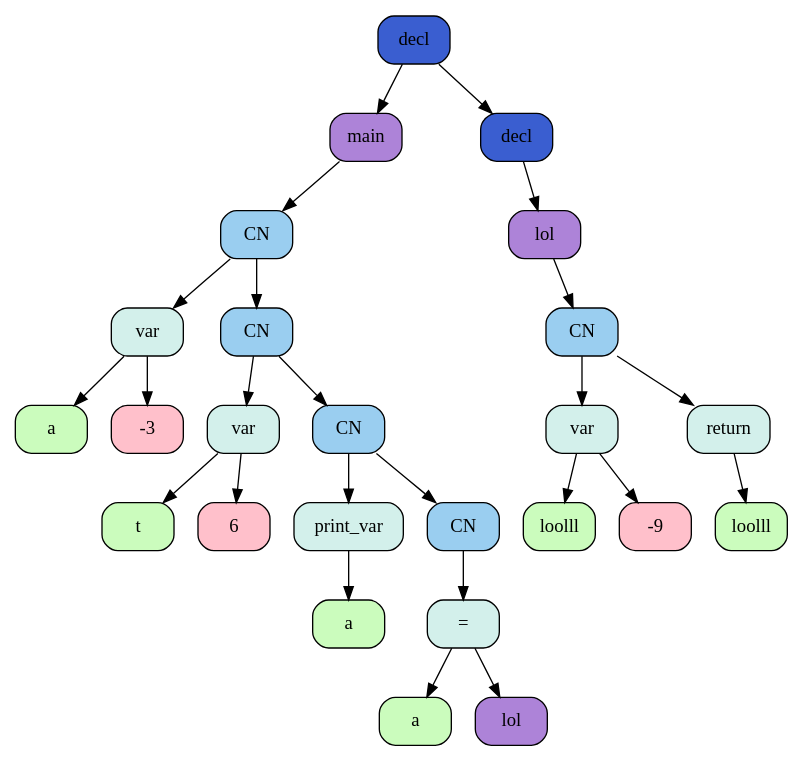
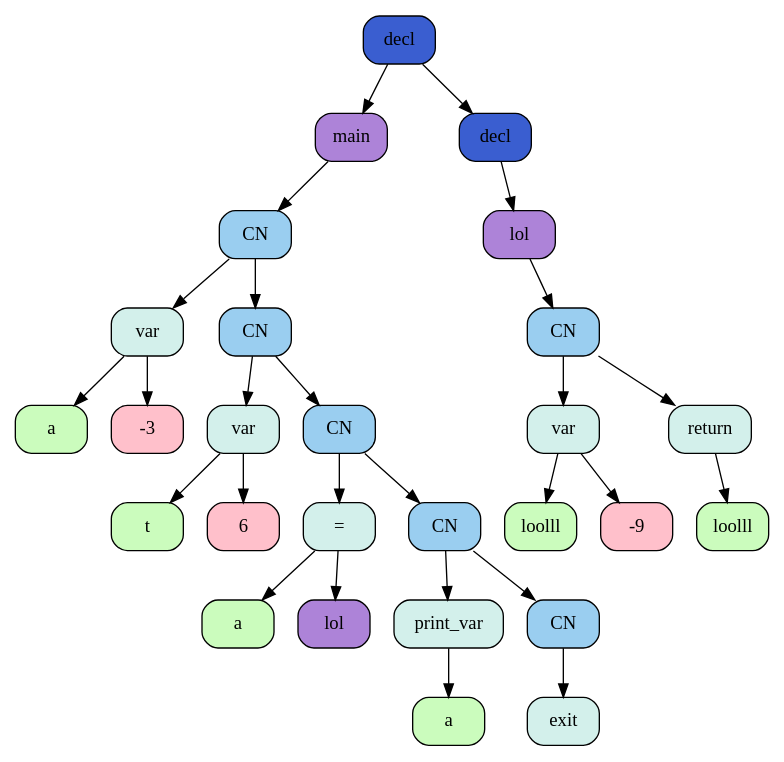
Before and after one commit to lizz-kuzz/my-language: the diagram in res/graph.dot, drawn with Graphviz. The commit also changed 13 other files, not shown here.

```diff
--- a/res/graph.dot
+++ b/res/graph.dot
@@ -1,75 +1,81 @@
 digraph {
 		node [shape=Mrecord]
-	node0x55c3fb0e0d30[label="decl", style=filled, fillcolor="#3a5ed0"]
-	node0x55c3fb0e0790[style=filled, fillcolor="#ad83d8", label="main"]
-	node0x55c3fb0e0d30 -> node0x55c3fb0e0790
-	node0x55c3fb0e0790[style=filled, fillcolor="#ad83d8", label="main"]
-	node0x55c3fb0e0b20[label="CN", style=filled, fillcolor="#9acef0"]
-	node0x55c3fb0e0790 -> node0x55c3fb0e0b20
-	node0x55c3fb0e0b20[label="CN", style=filled, fillcolor="#9acef0"]
-	node0x55c3fb0e0860[label="var", style=filled, fillcolor="#d3f0eb"]
-	node0x55c3fb0e0b20 -> node0x55c3fb0e0860
-	node0x55c3fb0e0860[label="var", style=filled, fillcolor="#d3f0eb"]
-	node0x55c3fb0e07e0[style=filled, fillcolor="#cbfcbd", label="a"]
-	node0x55c3fb0e0860 -> node0x55c3fb0e07e0
-	node0x55c3fb0e0860[label="var", style=filled, fillcolor="#d3f0eb"]
-	node0x55c3fb0e0830[style=filled, fillcolor="#ffc0cb", label="-3"]
-	node0x55c3fb0e0860 -> node0x55c3fb0e0830
-	node0x55c3fb0e0b20[label="CN", style=filled, fillcolor="#9acef0"]
-	node0x55c3fb0e0af0[label="CN", style=filled, fillcolor="#9acef0"]
-	node0x55c3fb0e0b20 -> node0x55c3fb0e0af0
-	node0x55c3fb0e0af0[label="CN", style=filled, fillcolor="#9acef0"]
-	node0x55c3fb0e0910[label="var", style=filled, fillcolor="#d3f0eb"]
-	node0x55c3fb0e0af0 -> node0x55c3fb0e0910
-	node0x55c3fb0e0910[label="var", style=filled, fillcolor="#d3f0eb"]
-	node0x55c3fb0e0890[style=filled, fillcolor="#cbfcbd", label="t"]
-	node0x55c3fb0e0910 -> node0x55c3fb0e0890
-	node0x55c3fb0e0910[label="var", style=filled, fillcolor="#d3f0eb"]
-	node0x55c3fb0e08e0[style=filled, fillcolor="#ffc0cb", label="6"]
-	node0x55c3fb0e0910 -> node0x55c3fb0e08e0
-	node0x55c3fb0e0af0[label="CN", style=filled, fillcolor="#9acef0"]
-	node0x55c3fb0e0ac0[label="CN", style=filled, fillcolor="#9acef0"]
-	node0x55c3fb0e0af0 -> node0x55c3fb0e0ac0
-	node0x55c3fb0e0ac0[label="CN", style=filled, fillcolor="#9acef0"]
-	node0x55c3fb0e0990[label="print_var", style=filled, fillcolor="#d3f0eb"]
-	node0x55c3fb0e0ac0 -> node0x55c3fb0e0990
-	node0x55c3fb0e0990[label="print_var", style=filled, fillcolor="#d3f0eb"]
-	node0x55c3fb0e0940[style=filled, fillcolor="#cbfcbd", label="a"]
-	node0x55c3fb0e0990 -> node0x55c3fb0e0940
-	node0x55c3fb0e0ac0[label="CN", style=filled, fillcolor="#9acef0"]
-	node0x55c3fb0e0a90[label="CN", style=filled, fillcolor="#9acef0"]
-	node0x55c3fb0e0ac0 -> node0x55c3fb0e0a90
-	node0x55c3fb0e0a90[label="CN", style=filled, fillcolor="#9acef0"]
-	node0x55c3fb0e0a60[label="=", style=filled, fillcolor="#d3f0eb"]
-	node0x55c3fb0e0a90 -> node0x55c3fb0e0a60
-	node0x55c3fb0e0a60[label="=", style=filled, fillcolor="#d3f0eb"]
-	node0x55c3fb0e09c0[style=filled, fillcolor="#cbfcbd", label="a"]
-	node0x55c3fb0e0a60 -> node0x55c3fb0e09c0
-	node0x55c3fb0e0a60[label="=", style=filled, fillcolor="#d3f0eb"]
-	node0x55c3fb0e0a10[style=filled, fillcolor="#ad83d8", label="lol"]
-	node0x55c3fb0e0a60 -> node0x55c3fb0e0a10
-	node0x55c3fb0e0d30[label="decl", style=filled, fillcolor="#3a5ed0"]
-	node0x55c3fb0e0d00[label="decl", style=filled, fillcolor="#3a5ed0"]
-	node0x55c3fb0e0d30 -> node0x55c3fb0e0d00
-	node0x55c3fb0e0d00[label="decl", style=filled, fillcolor="#3a5ed0"]
-	node0x55c3fb0e0b50[style=filled, fillcolor="#ad83d8", label="lol"]
-	node0x55c3fb0e0d00 -> node0x55c3fb0e0b50
-	node0x55c3fb0e0b50[style=filled, fillcolor="#ad83d8", label="lol"]
-	node0x55c3fb0e0cd0[label="CN", style=filled, fillcolor="#9acef0"]
-	node0x55c3fb0e0b50 -> node0x55c3fb0e0cd0
-	node0x55c3fb0e0cd0[label="CN", style=filled, fillcolor="#9acef0"]
-	node0x55c3fb0e0c20[label="var", style=filled, fillcolor="#d3f0eb"]
-	node0x55c3fb0e0cd0 -> node0x55c3fb0e0c20
-	node0x55c3fb0e0c20[label="var", style=filled, fillcolor="#d3f0eb"]
-	node0x55c3fb0e0ba0[style=filled, fillcolor="#cbfcbd", label="loolll"]
-	node0x55c3fb0e0c20 -> node0x55c3fb0e0ba0
-	node0x55c3fb0e0c20[label="var", style=filled, fillcolor="#d3f0eb"]
-	node0x55c3fb0e0bf0[style=filled, fillcolor="#ffc0cb", label="-9"]
-	node0x55c3fb0e0c20 -> node0x55c3fb0e0bf0
-	node0x55c3fb0e0cd0[label="CN", style=filled, fillcolor="#9acef0"]
-	node0x55c3fb0e0ca0[label="return", style=filled, fillcolor="#d3f0eb"]
-	node0x55c3fb0e0cd0 -> node0x55c3fb0e0ca0
-	node0x55c3fb0e0ca0[label="return", style=filled, fillcolor="#d3f0eb"]
-	node0x55c3fb0e0c50[style=filled, fillcolor="#cbfcbd", label="loolll"]
-	node0x55c3fb0e0ca0 -> node0x55c3fb0e0c50
+	node0x5616aef19ef0[label="decl", style=filled, fillcolor="#3a5ed0"]
+	node0x5616aef198f0[style=filled, fillcolor="#ad83d8", label="main"]
+	node0x5616aef19ef0 -> node0x5616aef198f0
+	node0x5616aef198f0[style=filled, fillcolor="#ad83d8", label="main"]
+	node0x5616aef19ce0[label="CN", style=filled, fillcolor="#9acef0"]
+	node0x5616aef198f0 -> node0x5616aef19ce0
+	node0x5616aef19ce0[label="CN", style=filled, fillcolor="#9acef0"]
+	node0x5616aef199c0[label="var", style=filled, fillcolor="#d3f0eb"]
+	node0x5616aef19ce0 -> node0x5616aef199c0
+	node0x5616aef199c0[label="var", style=filled, fillcolor="#d3f0eb"]
+	node0x5616aef19940[style=filled, fillcolor="#cbfcbd", label="a"]
+	node0x5616aef199c0 -> node0x5616aef19940
+	node0x5616aef199c0[label="var", style=filled, fillcolor="#d3f0eb"]
+	node0x5616aef19990[style=filled, fillcolor="#ffc0cb", label="-3"]
+	node0x5616aef199c0 -> node0x5616aef19990
+	node0x5616aef19ce0[label="CN", style=filled, fillcolor="#9acef0"]
+	node0x5616aef19cb0[label="CN", style=filled, fillcolor="#9acef0"]
+	node0x5616aef19ce0 -> node0x5616aef19cb0
+	node0x5616aef19cb0[label="CN", style=filled, fillcolor="#9acef0"]
+	node0x5616aef19a70[label="var", style=filled, fillcolor="#d3f0eb"]
+	node0x5616aef19cb0 -> node0x5616aef19a70
+	node0x5616aef19a70[label="var", style=filled, fillcolor="#d3f0eb"]
+	node0x5616aef199f0[style=filled, fillcolor="#cbfcbd", label="t"]
+	node0x5616aef19a70 -> node0x5616aef199f0
+	node0x5616aef19a70[label="var", style=filled, fillcolor="#d3f0eb"]
+	node0x5616aef19a40[style=filled, fillcolor="#ffc0cb", label="6"]
+	node0x5616aef19a70 -> node0x5616aef19a40
+	node0x5616aef19cb0[label="CN", style=filled, fillcolor="#9acef0"]
+	node0x5616aef19c80[label="CN", style=filled, fillcolor="#9acef0"]
+	node0x5616aef19cb0 -> node0x5616aef19c80
+	node0x5616aef19c80[label="CN", style=filled, fillcolor="#9acef0"]
+	node0x5616aef19b40[label="=", style=filled, fillcolor="#d3f0eb"]
+	node0x5616aef19c80 -> node0x5616aef19b40
+	node0x5616aef19b40[label="=", style=filled, fillcolor="#d3f0eb"]
+	node0x5616aef19aa0[style=filled, fillcolor="#cbfcbd", label="a"]
+	node0x5616aef19b40 -> node0x5616aef19aa0
+	node0x5616aef19b40[label="=", style=filled, fillcolor="#d3f0eb"]
+	node0x5616aef19af0[style=filled, fillcolor="#ad83d8", label="lol"]
+	node0x5616aef19b40 -> node0x5616aef19af0
+	node0x5616aef19c80[label="CN", style=filled, fillcolor="#9acef0"]
+	node0x5616aef19c50[label="CN", style=filled, fillcolor="#9acef0"]
+	node0x5616aef19c80 -> node0x5616aef19c50
+	node0x5616aef19c50[label="CN", style=filled, fillcolor="#9acef0"]
+	node0x5616aef19bc0[label="print_var", style=filled, fillcolor="#d3f0eb"]
+	node0x5616aef19c50 -> node0x5616aef19bc0
+	node0x5616aef19bc0[label="print_var", style=filled, fillcolor="#d3f0eb"]
+	node0x5616aef19b70[style=filled, fillcolor="#cbfcbd", label="a"]
+	node0x5616aef19bc0 -> node0x5616aef19b70
+	node0x5616aef19c50[label="CN", style=filled, fillcolor="#9acef0"]
+	node0x5616aef19c20[label="CN", style=filled, fillcolor="#9acef0"]
+	node0x5616aef19c50 -> node0x5616aef19c20
+	node0x5616aef19c20[label="CN", style=filled, fillcolor="#9acef0"]
+	node0x5616aef19bf0[label="exit", style=filled, fillcolor="#d3f0eb"]
+	node0x5616aef19c20 -> node0x5616aef19bf0
+	node0x5616aef19ef0[label="decl", style=filled, fillcolor="#3a5ed0"]
+	node0x5616aef19ec0[label="decl", style=filled, fillcolor="#3a5ed0"]
+	node0x5616aef19ef0 -> node0x5616aef19ec0
+	node0x5616aef19ec0[label="decl", style=filled, fillcolor="#3a5ed0"]
+	node0x5616aef19d10[style=filled, fillcolor="#ad83d8", label="lol"]
+	node0x5616aef19ec0 -> node0x5616aef19d10
+	node0x5616aef19d10[style=filled, fillcolor="#ad83d8", label="lol"]
+	node0x5616aef19e90[label="CN", style=filled, fillcolor="#9acef0"]
+	node0x5616aef19d10 -> node0x5616aef19e90
+	node0x5616aef19e90[label="CN", style=filled, fillcolor="#9acef0"]
+	node0x5616aef19de0[label="var", style=filled, fillcolor="#d3f0eb"]
+	node0x5616aef19e90 -> node0x5616aef19de0
+	node0x5616aef19de0[label="var", style=filled, fillcolor="#d3f0eb"]
+	node0x5616aef19d60[style=filled, fillcolor="#cbfcbd", label="loolll"]
+	node0x5616aef19de0 -> node0x5616aef19d60
+	node0x5616aef19de0[label="var", style=filled, fillcolor="#d3f0eb"]
+	node0x5616aef19db0[style=filled, fillcolor="#ffc0cb", label="-9"]
+	node0x5616aef19de0 -> node0x5616aef19db0
+	node0x5616aef19e90[label="CN", style=filled, fillcolor="#9acef0"]
+	node0x5616aef19e60[label="return", style=filled, fillcolor="#d3f0eb"]
+	node0x5616aef19e90 -> node0x5616aef19e60
+	node0x5616aef19e60[label="return", style=filled, fillcolor="#d3f0eb"]
+	node0x5616aef19e10[style=filled, fillcolor="#cbfcbd", label="loolll"]
+	node0x5616aef19e60 -> node0x5616aef19e10
 }
```
